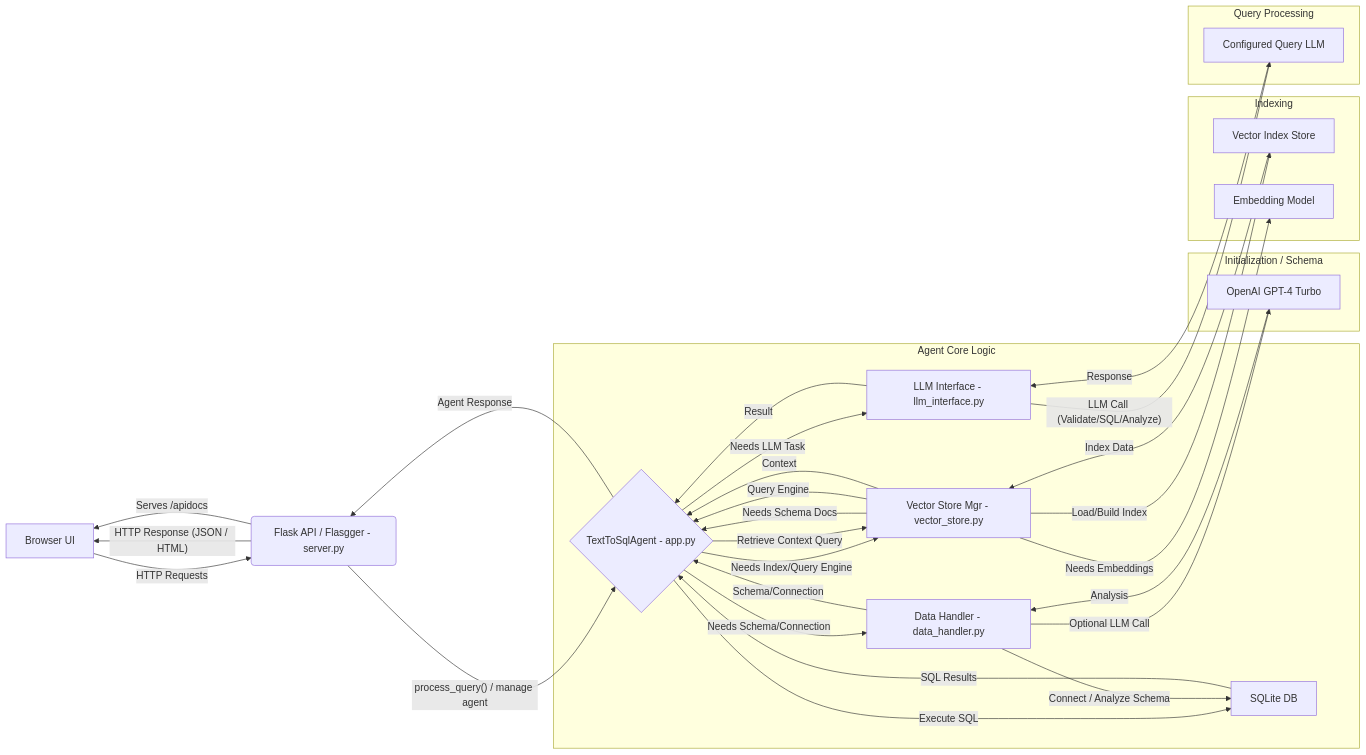
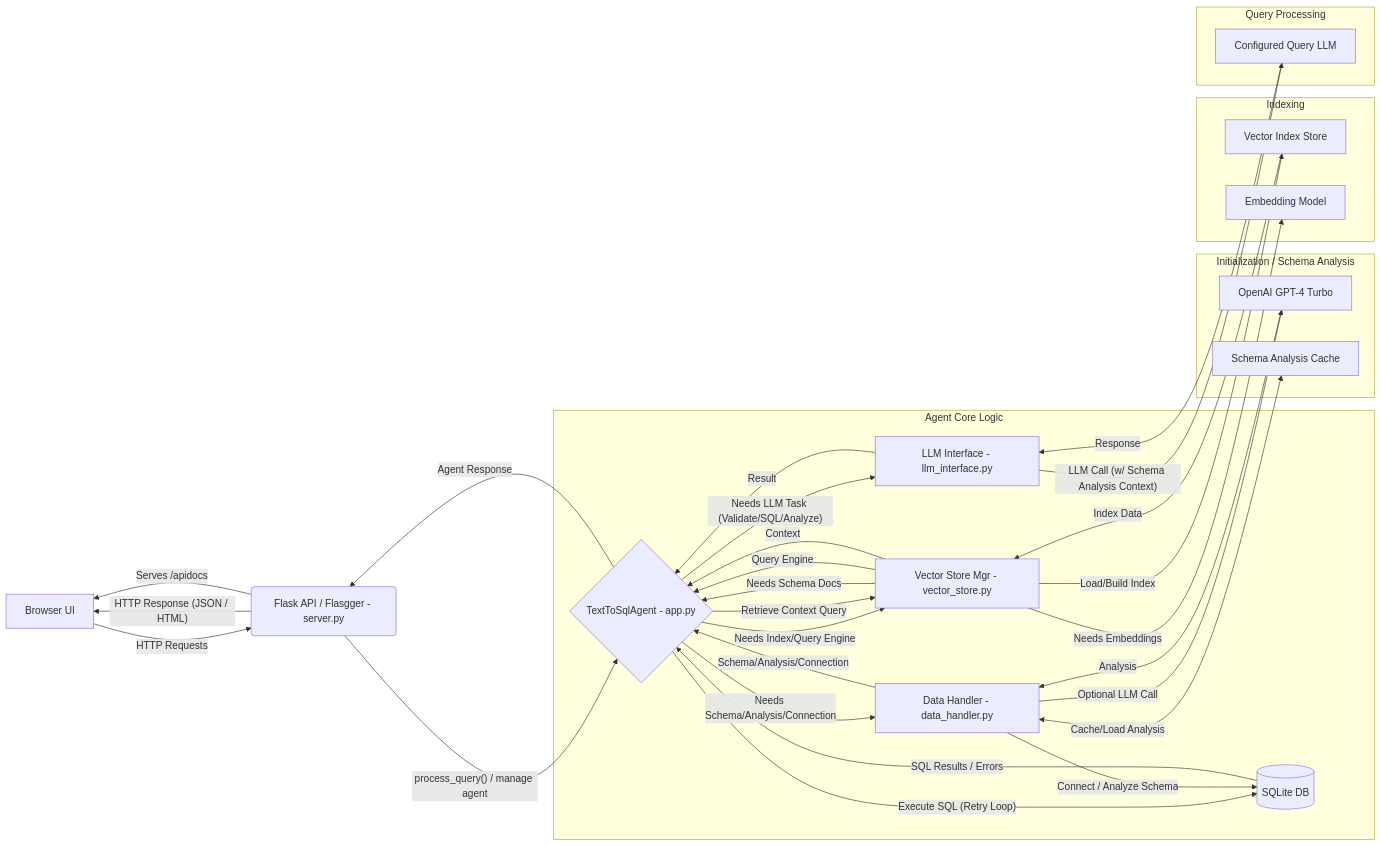
Before and after one commit to mohamedskassem/E115_LumenAI: the diagram in README.md, drawn with Mermaid. The commit also changed other lines of this file and 8 other files, not shown here.

Commit message:
feat: Implement SQL retry, schema analysis caching, UI scroll, and README updates

````diff
--- a/README.md
+++ b/README.md
@@ -48,40 +55,41 @@
 ```mermaid
 graph LR
     A[Browser UI] -- HTTP Requests --> B(Flask API / Flasgger - server.py);
     B -- process_query() / manage agent --> C{TextToSqlAgent - app.py};
-    
+
     subgraph Agent Core Logic
-        C -- Needs Schema/Connection --> D[Data Handler - data_handler.py];
-        C -- Needs LLM Task --> I[LLM Interface - llm_interface.py];
+        C -- Needs Schema/Analysis/Connection --> D[Data Handler - data_handler.py];
+        C -- Needs LLM Task (Validate/SQL/Analyze) --> I[LLM Interface - llm_interface.py];
         C -- Needs Index/Query Engine --> J[Vector Store Mgr - vector_store.py];
-        C -- Execute SQL --> F[SQLite DB];
+        C -- Execute SQL (Retry Loop) --> F[(SQLite DB)];
     end
 
-    subgraph Initialization / Schema
+    subgraph Initialization / Schema Analysis
         D -- Connect / Analyze Schema --> F;
         D -- Optional LLM Call --> G[OpenAI GPT-4 Turbo];
         G -- Analysis --> D;
-        D -- Schema/Connection --> C;
+        D -- Cache/Load Analysis <--> CACHE[Schema Analysis Cache];
+        D -- Schema/Analysis/Connection --> C;
     end
 
     subgraph Indexing
          J -- Load/Build Index --> E[Vector Index Store];
          J -- Needs Embeddings --> K[Embedding Model];
          J -- Needs Schema Docs --> C;
          E -- Index Data --> J;
          J -- Query Engine --> C;
     end
 
     subgraph Query Processing
-        I -- LLM Call (Validate/SQL/Analyze) --> H[Configured Query LLM];
+        I -- LLM Call (w/ Schema Analysis Context) --> H[Configured Query LLM];
         H -- Response --> I;
         I -- Result --> C;
         C -- Retrieve Context Query --> J;
         J -- Context --> C;
-        F -- SQL Results --> C;
+        F -- SQL Results / Errors --> C;
     end
 
     C -- Agent Response --> B;
     B -- HTTP Response (JSON / HTML) --> A;
     B -- Serves /apidocs --> A;
 ```
````
